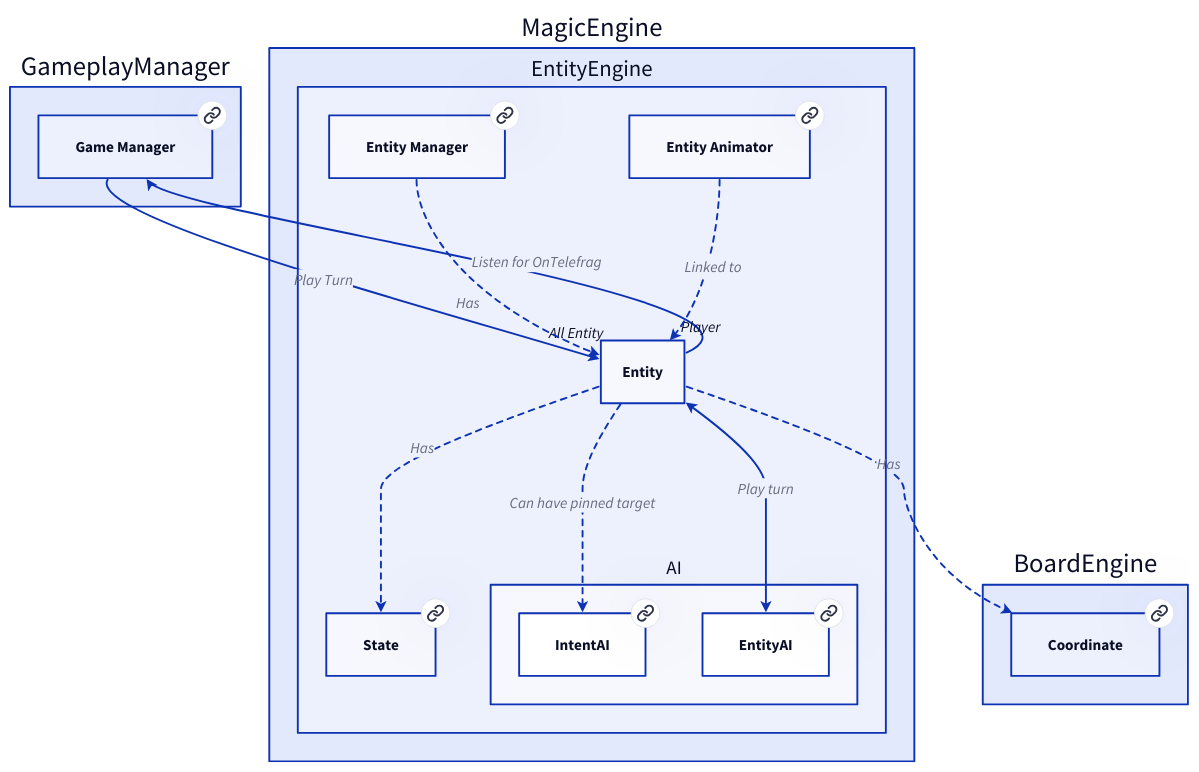
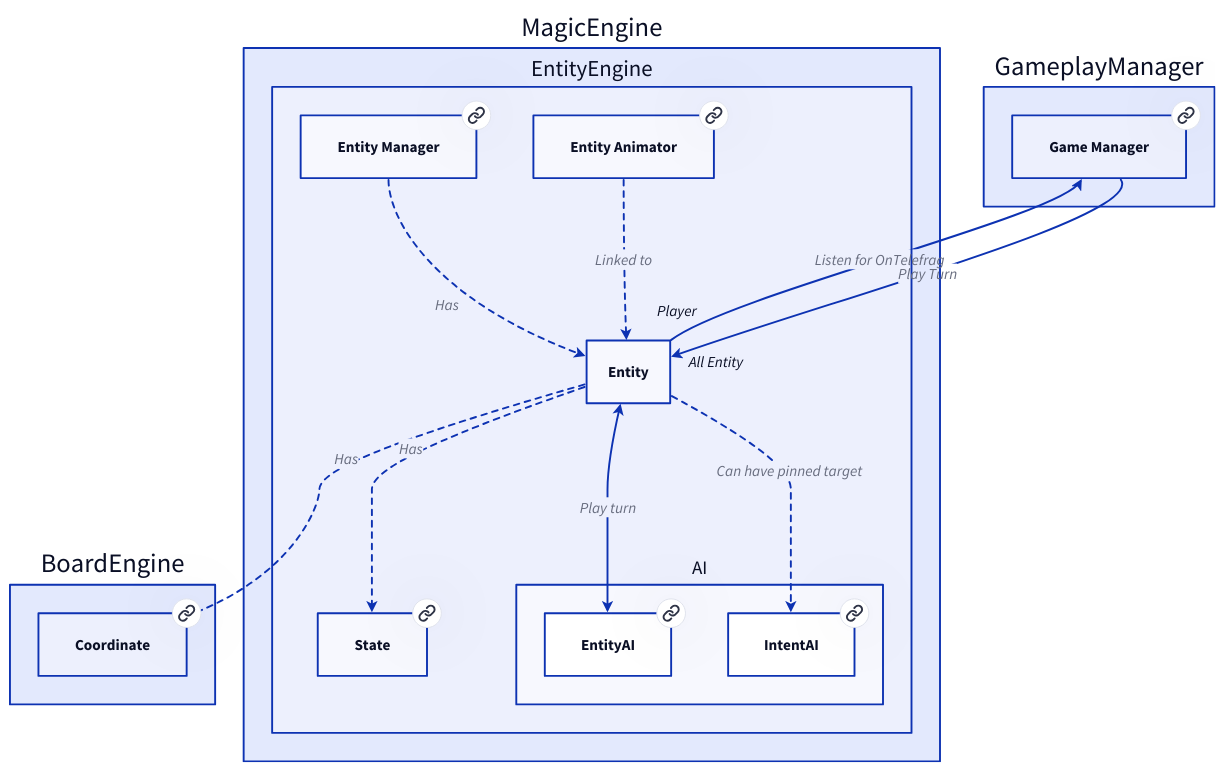
The diagram in doc/graphs/d2/Entity.d2 (Portevent/Brume-Documentation), drawn with D2 before and after one commit. The commit also changed other lines of this file and 92 other files, not shown here.

```diff
--- a/doc/graphs/d2/Entity.d2
+++ b/doc/graphs/d2/Entity.d2
@@ -1,66 +1,66 @@
 # Nodes :
 BoardEngine: {
     Coordinate: Coordinate {
        link: Coordinate
     }
 }
 GameplayManager: {
     GameManager: Game Manager {
        link: GameManager
     }
 }
 MagicEngine: {
     EntityEngine: {
         EntityManager: Entity Manager {
            link: EntityManager
         }
-        EntityAnimator: Entity Animator {
-           link: EntityAnimator
-        }
-        State: State {
-           link: State
-        }
         AI: {
             IntentAI: IntentAI {
                link: IntentAI
             }
             EntityAI: EntityAI {
                link: EntityAI
             }
+        }
+        EntityAnimator: Entity Animator {
+           link: EntityAnimator
+        }
+        State: State {
+           link: State
         }
     }
 }
 
 # Links :
 MagicEngine.EntityEngine.Entity -> GameplayManager.GameManager: Listen for OnTelefrag {
 source-arrowhead: Player{}
 target-arrowhead: {shape: arrow}
 }
 GameplayManager.GameManager -> MagicEngine.EntityEngine.Entity: Play Turn {
 source-arrowhead: {}
 target-arrowhead: All Entity{shape: arrow}
 }
 MagicEngine.EntityEngine.EntityManager -> MagicEngine.EntityEngine.Entity: Has {style.stroke-dash: 3
+source-arrowhead: {}
+target-arrowhead: {shape: arrow}
+}
+MagicEngine.EntityEngine.Entity -> MagicEngine.EntityEngine.AI.IntentAI: Can have pinned target {style.stroke-dash: 3
 source-arrowhead: {}
 target-arrowhead: {shape: arrow}
 }
 MagicEngine.EntityEngine.EntityAnimator -> MagicEngine.EntityEngine.Entity: Linked to {style.stroke-dash: 3
 source-arrowhead: {}
 target-arrowhead: {shape: arrow}
 }
 MagicEngine.EntityEngine.Entity <-> MagicEngine.EntityEngine.AI.EntityAI: Play turn {
 source-arrowhead: {shape: arrow}
 target-arrowhead: {shape: arrow}
 }
 MagicEngine.EntityEngine.Entity -> MagicEngine.EntityEngine.State: Has {style.stroke-dash: 3
 source-arrowhead: {}
 target-arrowhead: {shape: arrow}
 }
 MagicEngine.EntityEngine.Entity -> BoardEngine.Coordinate: Has {style.stroke-dash: 3
 source-arrowhead: {}
 target-arrowhead: {shape: arrow}
 }
-MagicEngine.EntityEngine.Entity -> MagicEngine.EntityEngine.AI.IntentAI: Can have pinned target {style.stroke-dash: 3
-source-arrowhead: {}
-target-arrowhead: {shape: arrow}
-}
```
